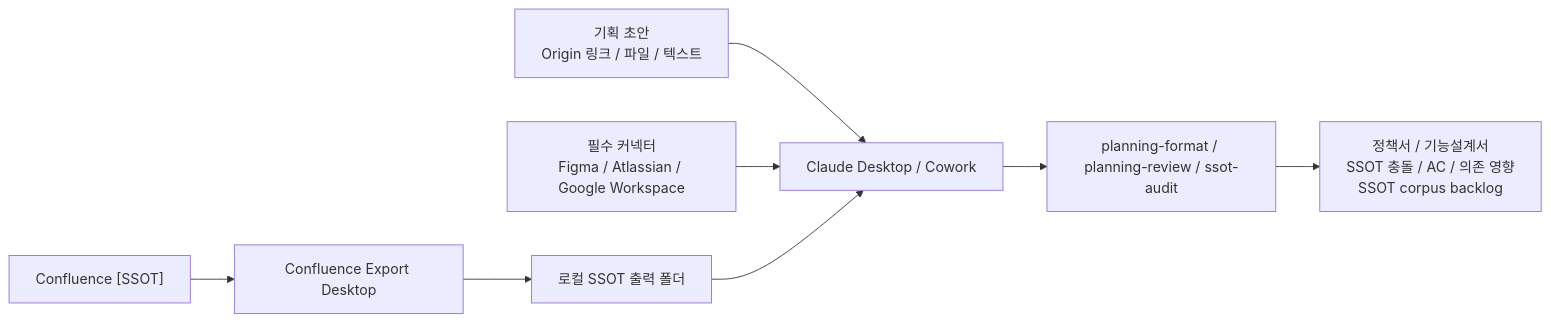
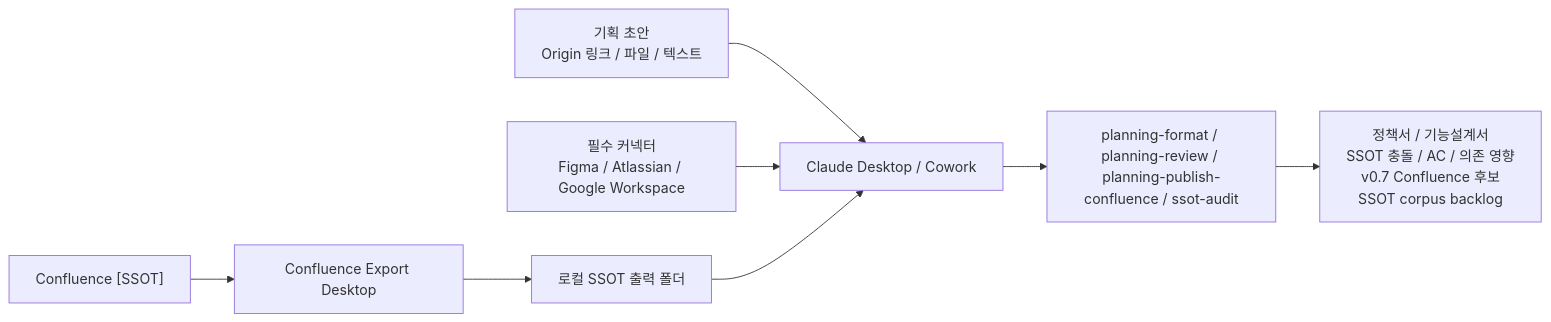
One commit to inkwonjung-colosseum/plugins changed the diagram in planning-kit/docs/planning-kit-install-guide-windows.md. Above: the diagram before and after it, drawn with Mermaid. The commit also changed other lines of this file and 19 other files, not shown here.

````diff
--- a/planning-kit/docs/planning-kit-install-guide-windows.md
+++ b/planning-kit/docs/planning-kit-install-guide-windows.md
@@ -29,12 +29,12 @@
 ```mermaid
 flowchart LR
   A["Confluence [SSOT]"] --> B["Confluence Export Desktop"]
   B --> C["로컬 SSOT 출력 폴더"]
 
   D["기획 초안<br/>Origin 링크 / 파일 / 텍스트"] --> E["Claude Desktop / Cowork"]
   K["필수 커넥터<br/>Figma / Atlassian / Google Workspace"] --> E
   C --> E
 
-  E --> F["planning-format / planning-review / ssot-audit"]
-  F --> G["정책서 / 기능설계서<br/>SSOT 충돌 / AC / 의존 영향<br/>SSOT corpus backlog"]
+  E --> F["planning-format / planning-review / planning-publish-confluence / ssot-audit"]
+  F --> G["정책서 / 기능설계서<br/>SSOT 충돌 / AC / 의존 영향<br/>v0.7 Confluence 후보<br/>SSOT corpus backlog"]
 ```
````
